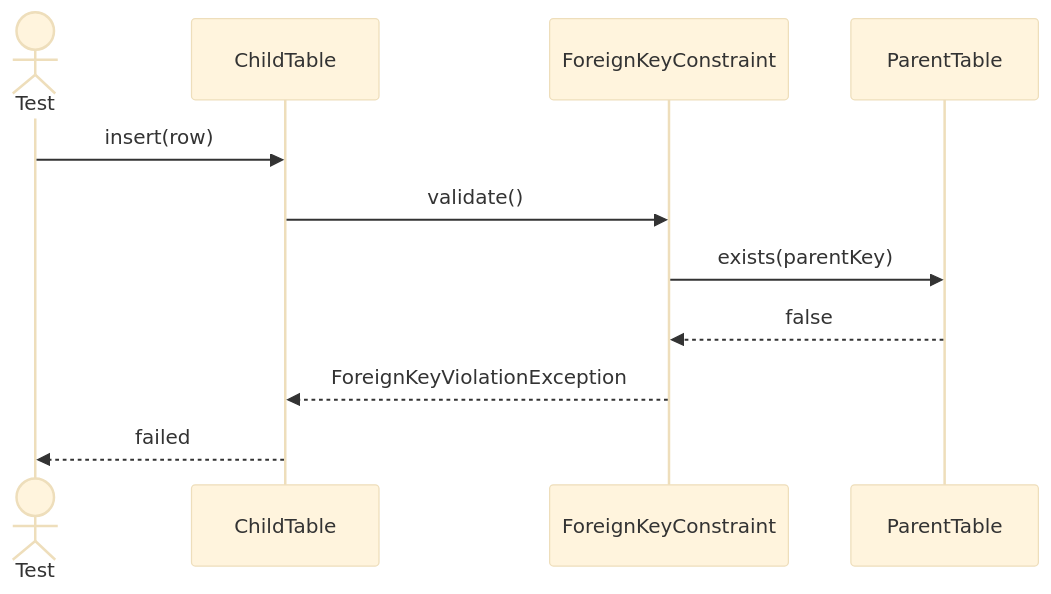
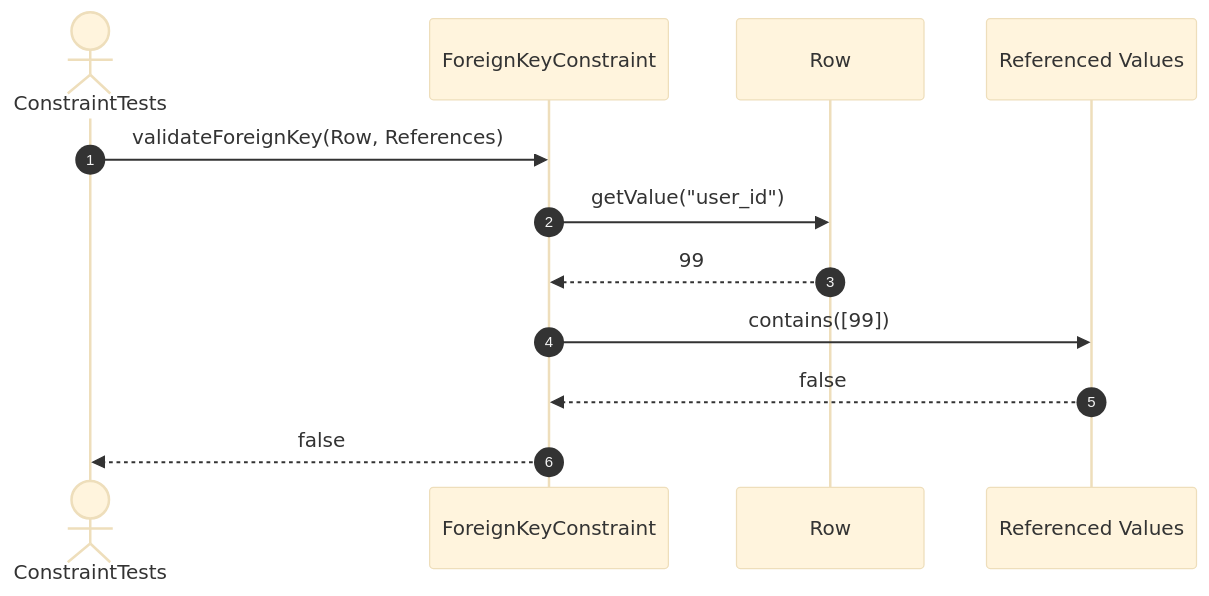
Diagram 13 of 16 in src/tests/unit/metadata/sequences/constraint-testing.se.md (FhuAnn/-bbv-AN-s-DBMS), drawn with Mermaid (base theme) before and after one commit. The commit also changed other lines of this file and 60 other files, not shown here.

Commit message:
refactor data table, row, column, constraint, index test file

````diff
--- a/src/tests/unit/metadata/sequences/constraint-testing.se.md
+++ b/src/tests/unit/metadata/sequences/constraint-testing.se.md
@@ -247,19 +211,15 @@
 ```mermaid
 sequenceDiagram
-actor Test
-participant ChildTable
-participant ForeignKeyConstraint
-participant ParentTable
+    autonumber
+    actor Test as ConstraintTests
+    participant FK as ForeignKeyConstraint
+    participant Row as Row
+    participant References as Referenced Values
 
-Test->>ChildTable: insert(row)
-
-ChildTable->>ForeignKeyConstraint: validate()
-
-ForeignKeyConstraint->>ParentTable: exists(parentKey)
-
-ParentTable-->>ForeignKeyConstraint: false
-
-ForeignKeyConstraint-->>ChildTable: ForeignKeyViolationException
-
-ChildTable-->>Test: failed
+    Test->>FK: validateForeignKey(Row, References)
+    FK->>Row: getValue("user_id")
+    Row-->>FK: 99
+    FK->>References: contains([99])
+    References-->>FK: false
+    FK-->>Test: false
 ```
````
